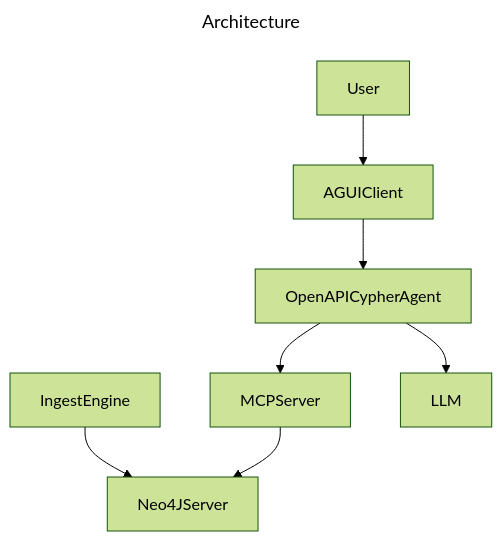
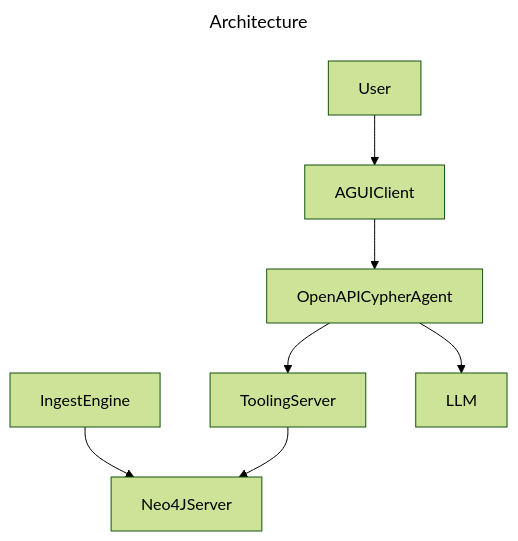
The diagram in documentation/architecture.mermaid (whitewaterdesign/oas-neo4j-server), drawn with Mermaid (forest theme) before and after one commit. The commit also changed 2 other files, not shown here.

```diff
--- a/documentation/architecture.mermaid
+++ b/documentation/architecture.mermaid
@@ -1,10 +1,10 @@
 ---
 title: Architecture
 ---
 flowchart TB
   IngestEngine-->Neo4JServer
-  MCPServer-->Neo4JServer
+  ToolingServer-->Neo4JServer
   User-->AGUIClient
   AGUIClient-->OpenAPICypherAgent
   OpenAPICypherAgent-->LLM
-  OpenAPICypherAgent-->MCPServer
+  OpenAPICypherAgent-->ToolingServer
```
